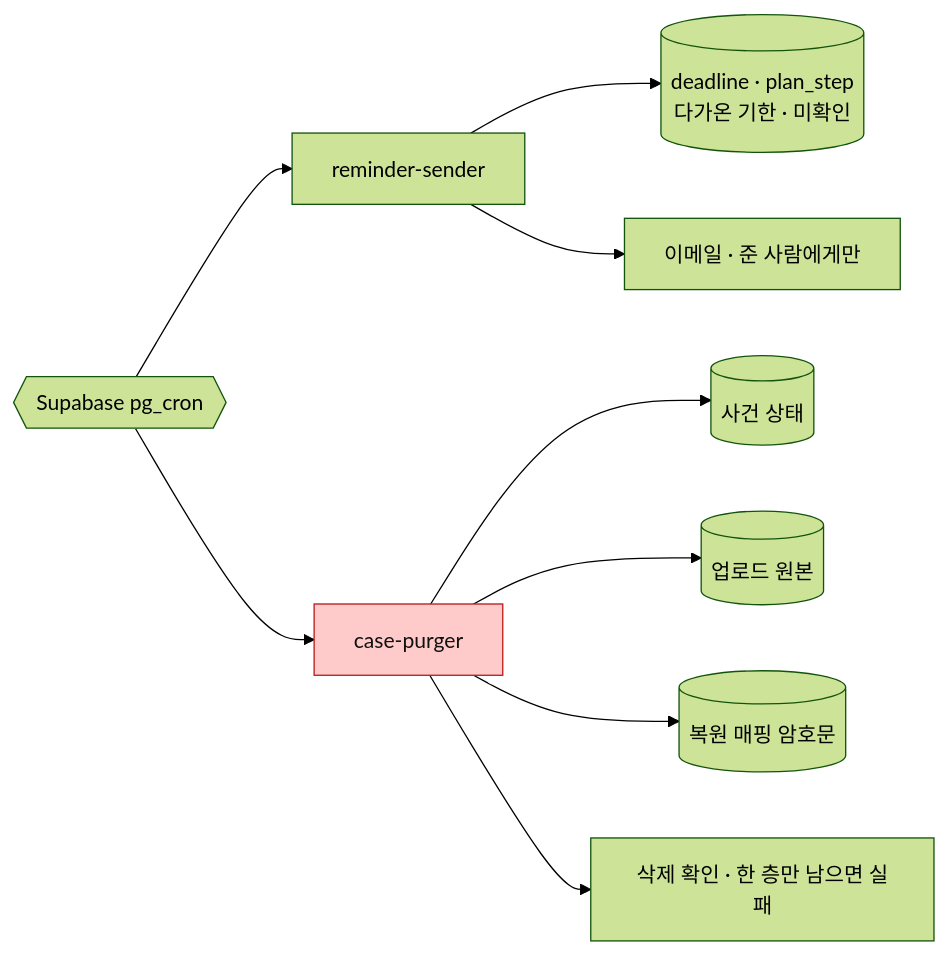
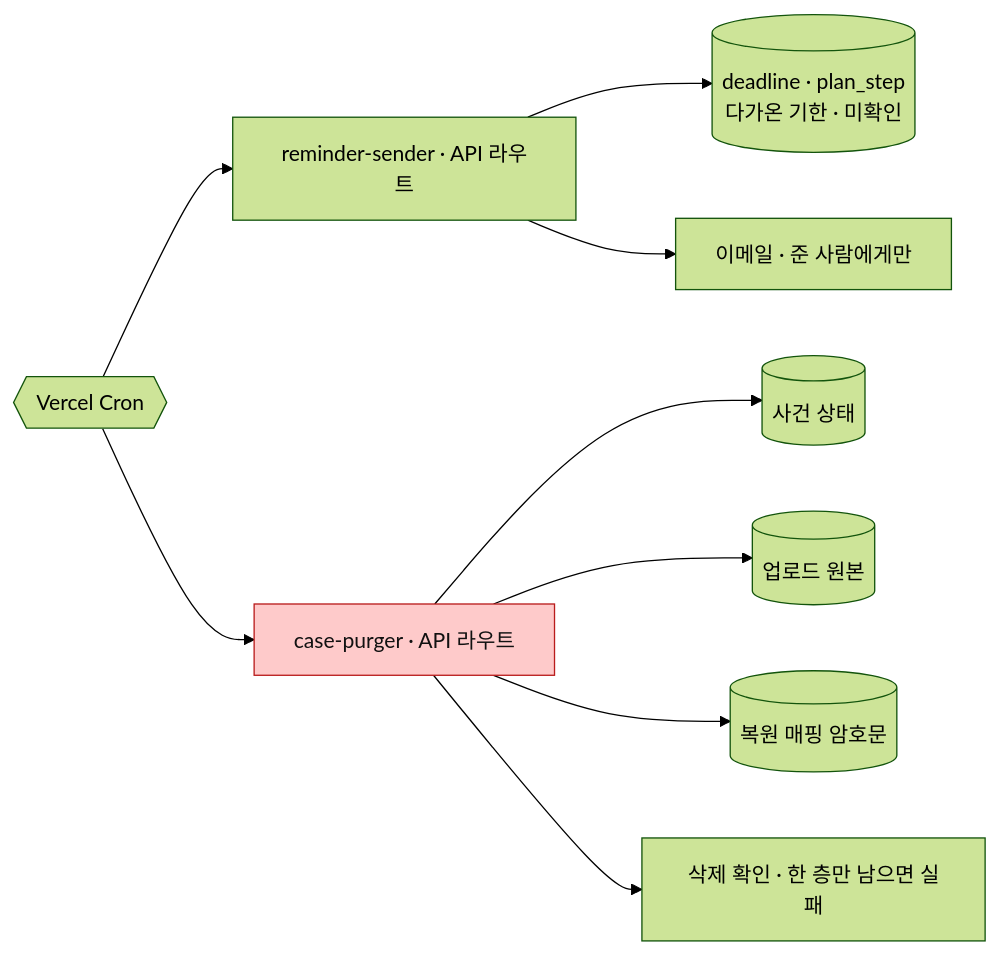
One commit to Dojaegyum/fsec-ai-challenge changed the sixth of 9 diagrams in ARCHITECTURE.md. Above: the diagram before and after it, drawn with Mermaid (forest theme). The commit also changed other lines of this file and 9 other files, not shown here.

First line of the commit message:
절차 단계에 행동 유형·주소를 담고, 주기 실행을 Vercel Cron 으로 (ADR-024·ADR-025)

````diff
--- a/ARCHITECTURE.md
+++ b/ARCHITECTURE.md
@@ -230,15 +231,15 @@
 ```mermaid
 flowchart LR
-    CRON{{"Supabase pg_cron"}} --> RS["reminder-sender"]
-    CRON --> CP["case-purger"]
+    CRON{{"Vercel Cron"}} --> RS["reminder-sender · API 라우트"]
+    CRON --> CP["case-purger · API 라우트"]
 
     RS --> DL[("deadline · plan_step<br/>다가온 기한 · 미확인")]
     RS --> MAIL["이메일 · 준 사람에게만"]
 
     CP --> PG[("사건 상태")]
     CP --> BLOB[("업로드 원본")]
     CP --> KV[("복원 매핑 암호문")]
     CP --> VERIFY["삭제 확인 · 한 층만 남으면 실패"]
 
     style CP fill:#fecaca,stroke:#b91c1c,color:#111
 ```
````
